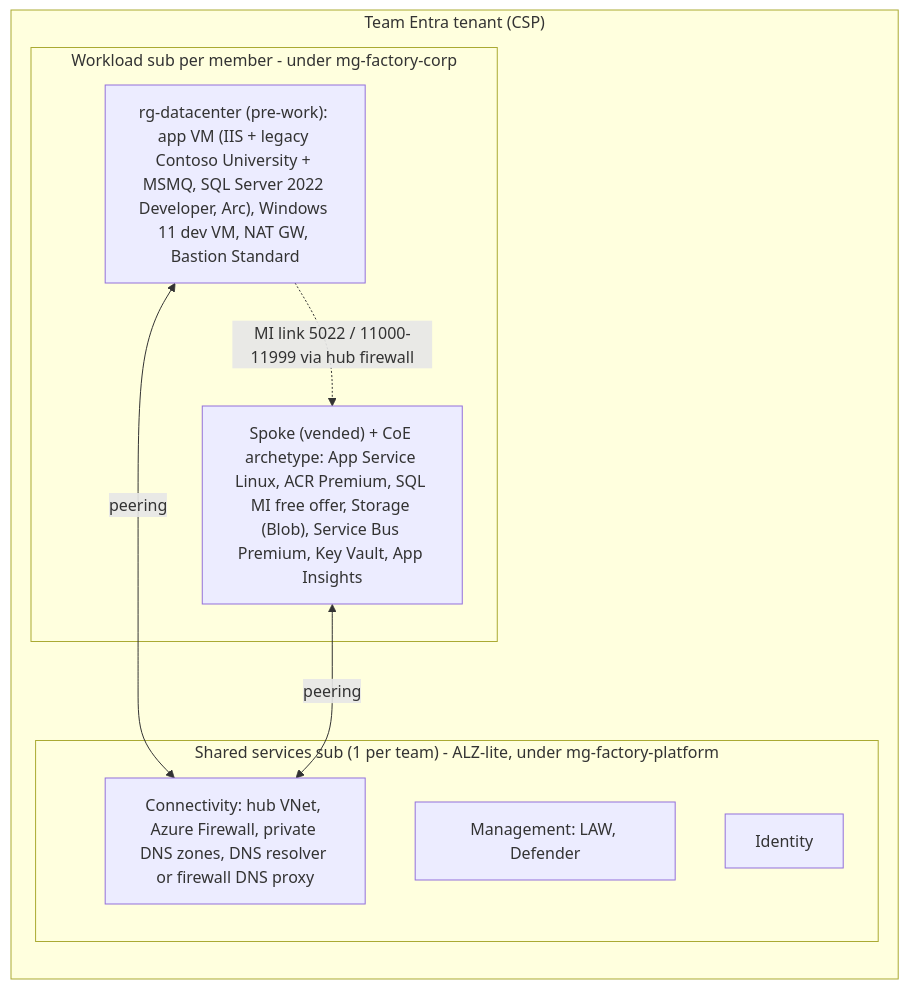
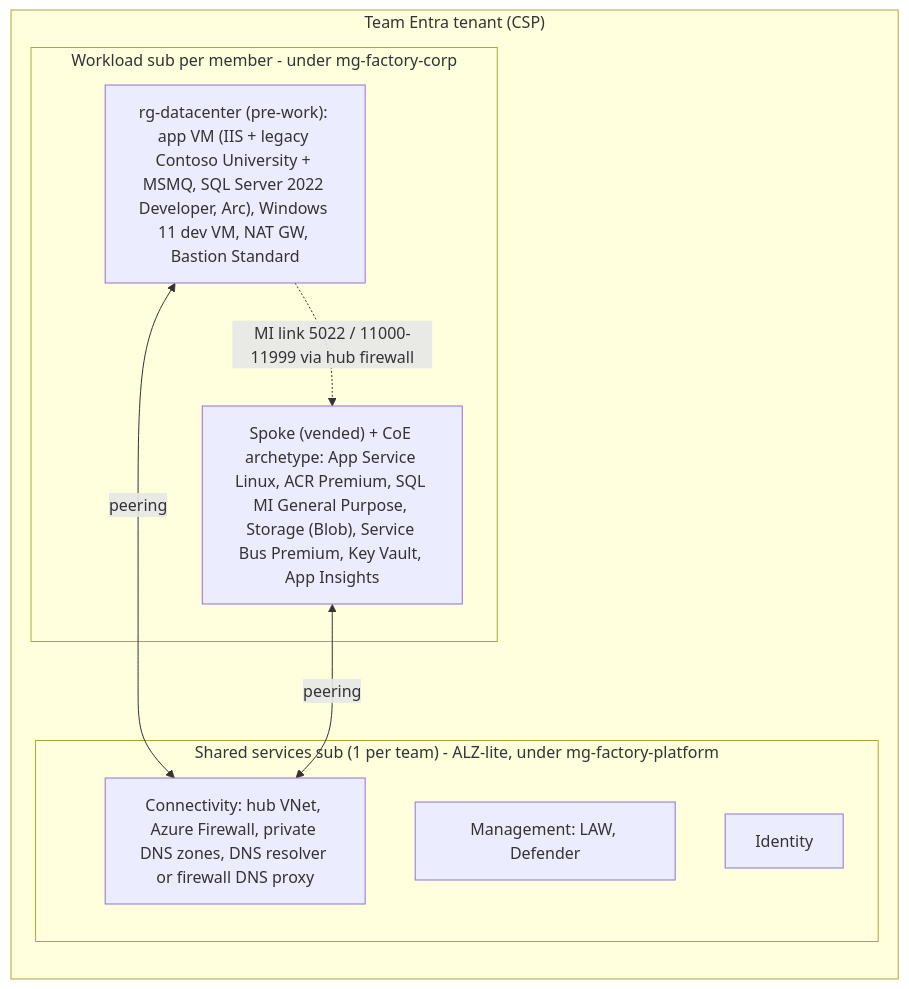
The diagram in docs/prd.md (jonathan-vella/apex-factory-hackathon), drawn with Mermaid before and after one commit. The commit also changed other lines of this file and 4 other files, not shown here.

First line of the commit message:
docs: replace the SQL MI free offer with a General Purpose MI (#37)

````diff
--- a/docs/prd.md
+++ b/docs/prd.md
@@ -53,17 +53,17 @@
 ```mermaid
 flowchart LR
   subgraph T["Team Entra tenant (CSP)"]
     subgraph P["Shared services sub (1 per team) - ALZ-lite, under mg-factory-platform"]
       MGMT["Management: LAW, Defender"]
       CONN["Connectivity: hub VNet, Azure Firewall, private DNS zones, DNS resolver or firewall DNS proxy"]
       ID["Identity"]
     end
     subgraph W["Workload sub per member - under mg-factory-corp"]
       DC["rg-datacenter (pre-work): app VM (IIS + legacy Contoso University + MSMQ, SQL Server 2022 Developer, Arc), Windows 11 dev VM, NAT GW, Bastion Standard"]
-      SPOKE["Spoke (vended) + CoE archetype: App Service Linux, ACR Premium, SQL MI free offer, Storage (Blob), Service Bus Premium, Key Vault, App Insights"]
+      SPOKE["Spoke (vended) + CoE archetype: App Service Linux, ACR Premium, SQL MI General Purpose, Storage (Blob), Service Bus Premium, Key Vault, App Insights"]
     end
   end
   DC <-- peering --> CONN
   SPOKE <-- peering --> CONN
   DC -. "MI link 5022 / 11000-11999 via hub firewall" .-> SPOKE
 ```
````
